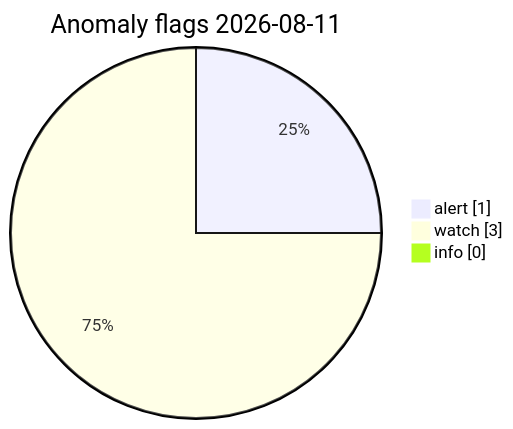
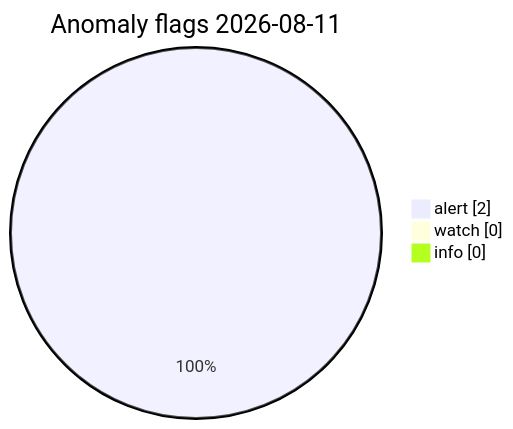
Before and after one commit to Midwest-Stratospheric/Unified-Open-Global-Weather: the diagram in visuals/2026-08-11/CHARTS.md, drawn with Mermaid. The commit also changed other lines of this file and 13 other files, not shown here.

Commit message:
data(visuals): automated charts 2026-08-11T11:57Z

````diff
--- a/visuals/2026-08-11/CHARTS.md
+++ b/visuals/2026-08-11/CHARTS.md
@@ -73,7 +73,7 @@
 ```mermaid
 pie showData
   title Anomaly flags 2026-08-11
-  "alert" : 1
-  "watch" : 3
+  "alert" : 2
+  "watch" : 0
   "info" : 0
 ```
````
